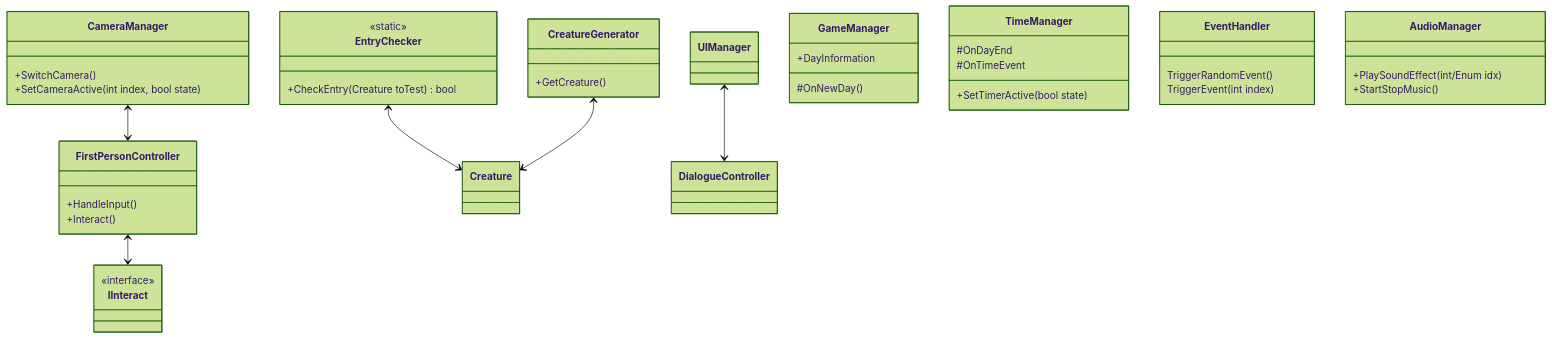
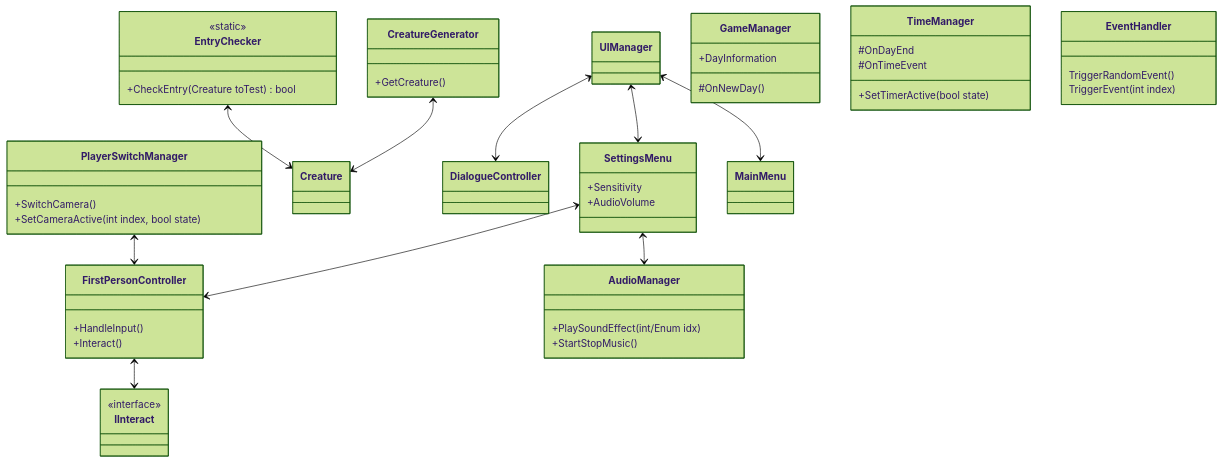
Before and after one commit to M1st3r-G/StellarSuspicion: the diagram in StellarSuspicionVault/Programmer/Class Diagramm.md, drawn with Mermaid (forest theme). The commit also changed 2 other files, not shown here.

Commit message:
Ciiiiiiiiirrrcclcllelelele oooooff Liiieeeeeee

````diff
--- a/StellarSuspicionVault/Programmer/Class Diagramm.md
+++ b/StellarSuspicionVault/Programmer/Class Diagramm.md
@@ -5,63 +5,72 @@
 ```mermaid
 
 classDiagram
-        CameraManager <--> FirstPersonController
+        PlayerSwitchManager <--> FirstPersonController
 		EntryChecker <--> Creature
 		CreatureGenerator <--> Creature
 		FirstPersonController <--> IInteract
 		UIManager <--> DialogueController
-
+		UIManager <--> SettingsMenu
+		UIManager <--> MainMenu
+		SettingsMenu <--> AudioManager
+		SettingsMenu <--> FirstPersonController
 
         class GameManager{
             +DayInformation
             #OnNewDay()
         }
 		
 		class FirstPersonController{
 			+HandleInput()
 			+Interact()
 		}
 	
 		class IInteract{
 			<<interface>>
 		}
 
-		class CameraManager{
+		class PlayerSwitchManager{
 			+SwitchCamera()
 			+SetCameraActive(int index, bool state)
 		}
 
 		class TimeManager{
 			+SetTimerActive(bool state)
 			#OnDayEnd
 			#OnTimeEvent
 		}
 
         class CreatureGenerator{
 	        +GetCreature()
         }
     
         class EventHandler{
 	        TriggerRandomEvent()
 	        TriggerEvent(int index)
         }
 		
 		class AudioManager{
 			+PlaySoundEffect(int/Enum idx)
 			+StartStopMusic()
 		}
 		
 		class UIManager{
 		}
 
 		class DialogueController{
 		}
 
 		class EntryChecker{
 			<<static>>
 			+CheckEntry(Creature toTest) bool
 		}
 
 		class Creature{
 		}
+		
+	
+		class SettingsMenu{
+			+Sensitivity
+			+AudioVolume
+		}
 ```
````
